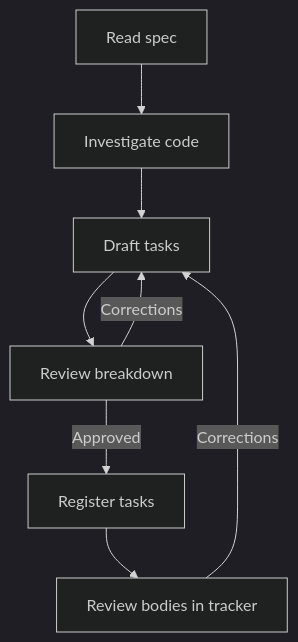
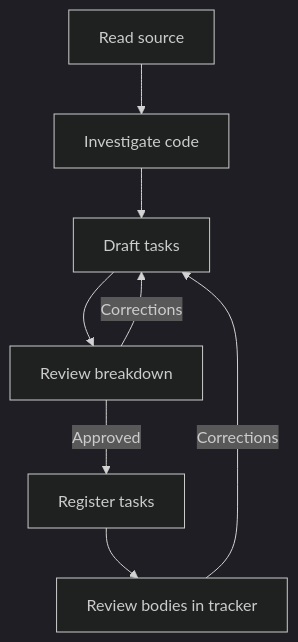
The diagram in skills/engineering/to-tasks/README.md (adeonir/agent-skills), drawn with Mermaid (dark theme) before and after one commit. The commit also changed other lines of this file and 5 other files, not shown here.

````diff
--- a/skills/engineering/to-tasks/README.md
+++ b/skills/engineering/to-tasks/README.md
@@ -7,10 +7,10 @@
 ```mermaid
 flowchart TD
-    A[Read spec] --> B[Investigate code]
+    A[Read source] --> B[Investigate code]
     B --> C[Draft tasks]
     C --> D[Review breakdown]
     D -->|Corrections| C
     D -->|Approved| E[Register tasks]
     E --> F[Review bodies in tracker]
     F -->|Corrections| C
 ```
````
